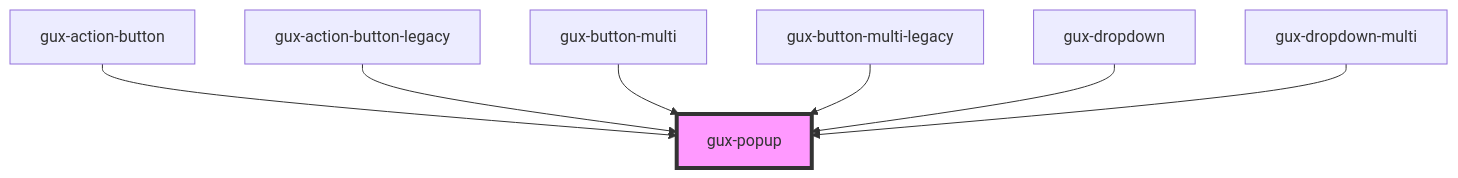
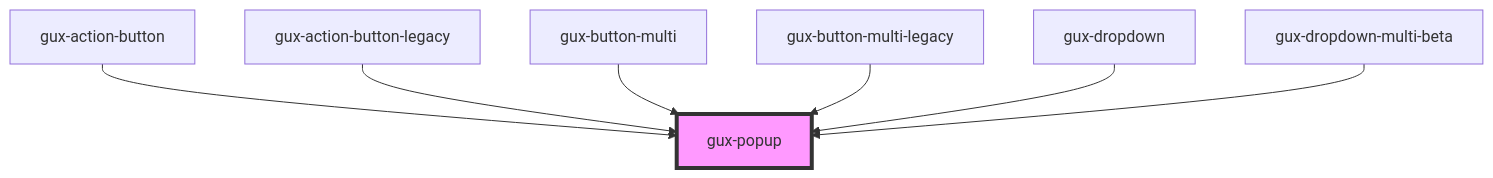
Before and after one commit to ouyuxuan/genesys-webcomponents: the diagram in src/components/stable/gux-popup/readme.md, drawn with Mermaid. The commit also changed other lines of this file and 19 other files, not shown here.

First line of the commit message:
chore(gux-dropdown-multi): add -beta tag to dropdown-multi and listbox-multi

````diff
--- a/src/components/stable/gux-popup/readme.md
+++ b/src/components/stable/gux-popup/readme.md
@@ -36,10 +36,10 @@
 ```mermaid
 graph TD;
   gux-action-button --> gux-popup
   gux-action-button-legacy --> gux-popup
   gux-button-multi --> gux-popup
   gux-button-multi-legacy --> gux-popup
   gux-dropdown --> gux-popup
-  gux-dropdown-multi --> gux-popup
+  gux-dropdown-multi-beta --> gux-popup
   style gux-popup fill:#f9f,stroke:#333,stroke-width:4px
 ```
````
